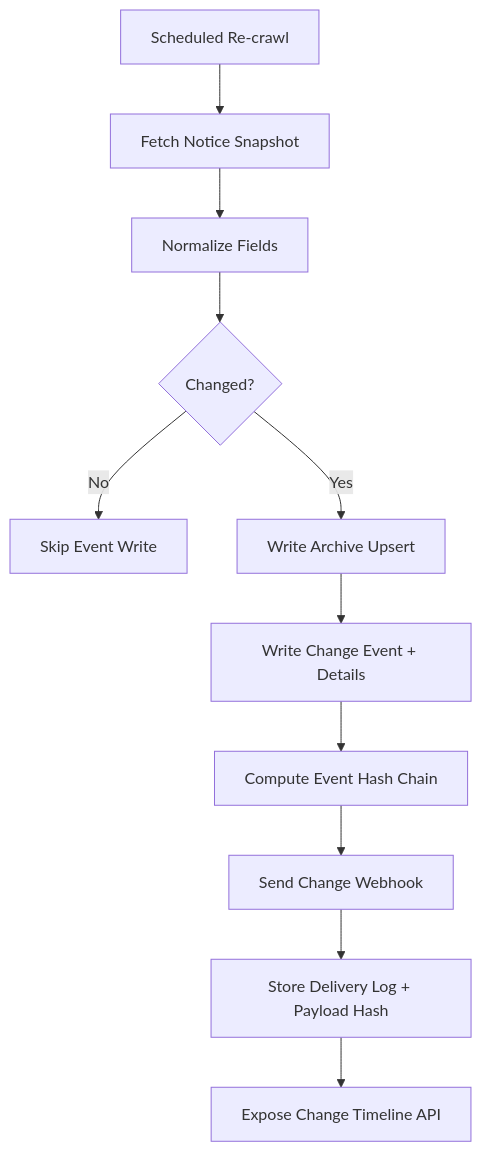
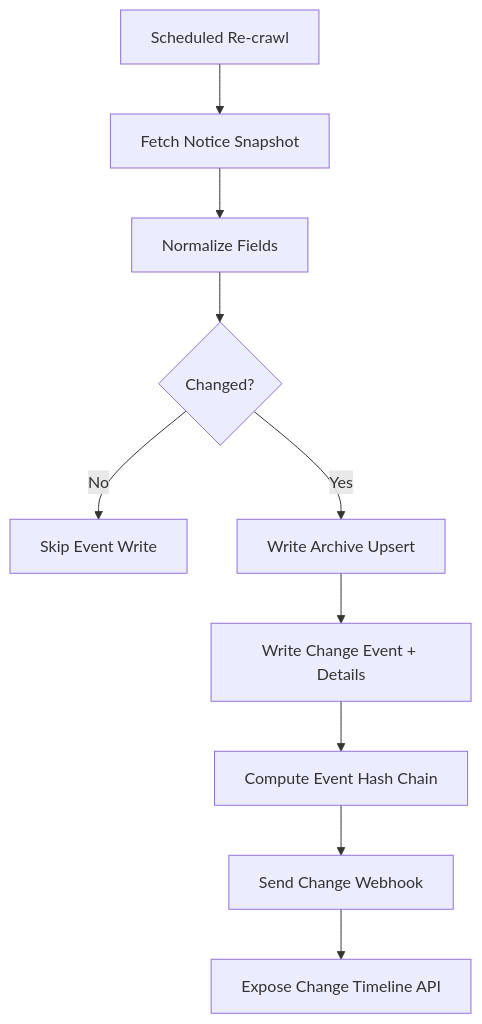
One commit to vientofactory/LawCast-Backend changed the fourth of 4 diagrams in README.md. Above: the diagram before and after it, drawn with Mermaid. The commit also changed other lines of this file and 18 other files, not shown here.

````diff
--- a/README.md
+++ b/README.md
@@ -244,13 +241,12 @@
 ```mermaid
 flowchart TD
 	 A[Scheduled Re-crawl] --> B[Fetch Notice Snapshot]
 	 B --> C[Normalize Fields]
 	 C --> D{Changed?}
 	 D -->|No| E[Skip Event Write]
 	 D -->|Yes| F[Write Archive Upsert]
 	 F --> G[Write Change Event + Details]
 	 G --> H[Compute Event Hash Chain]
 	 H --> I[Send Change Webhook]
-	 I --> J[Store Delivery Log + Payload Hash]
-	 J --> K[Expose Change Timeline API]
+	 I --> J[Expose Change Timeline API]
 ```
````
